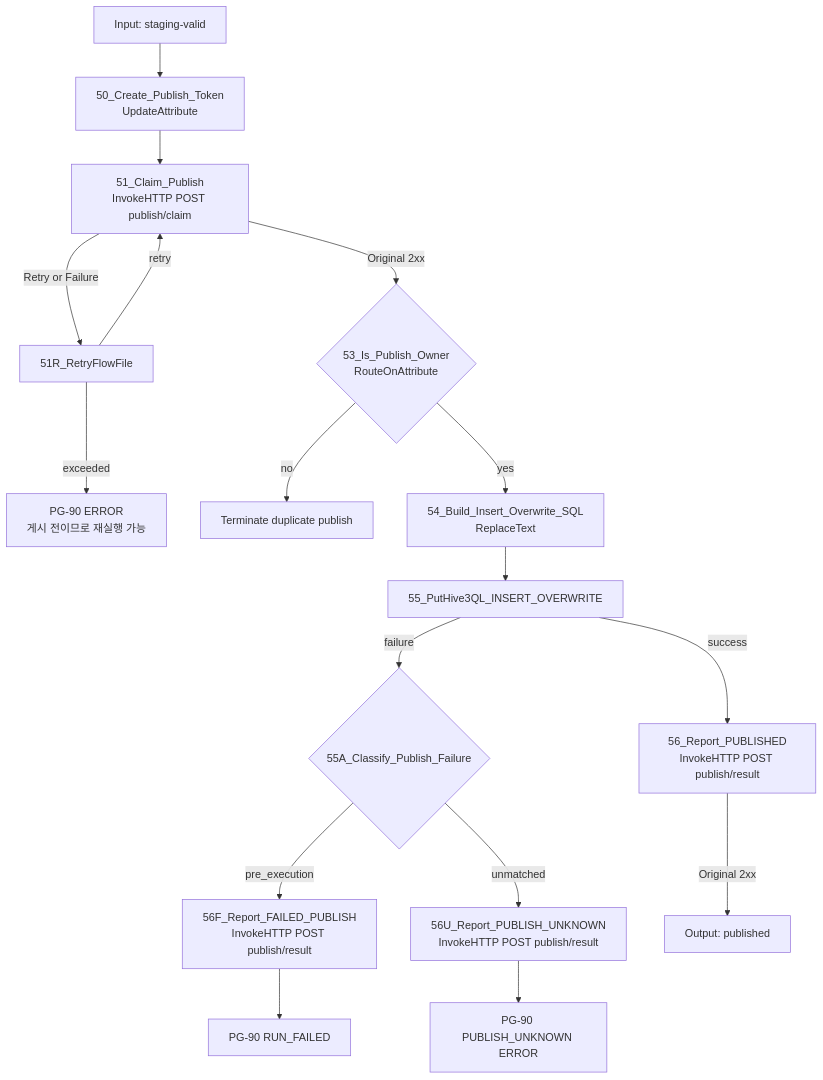
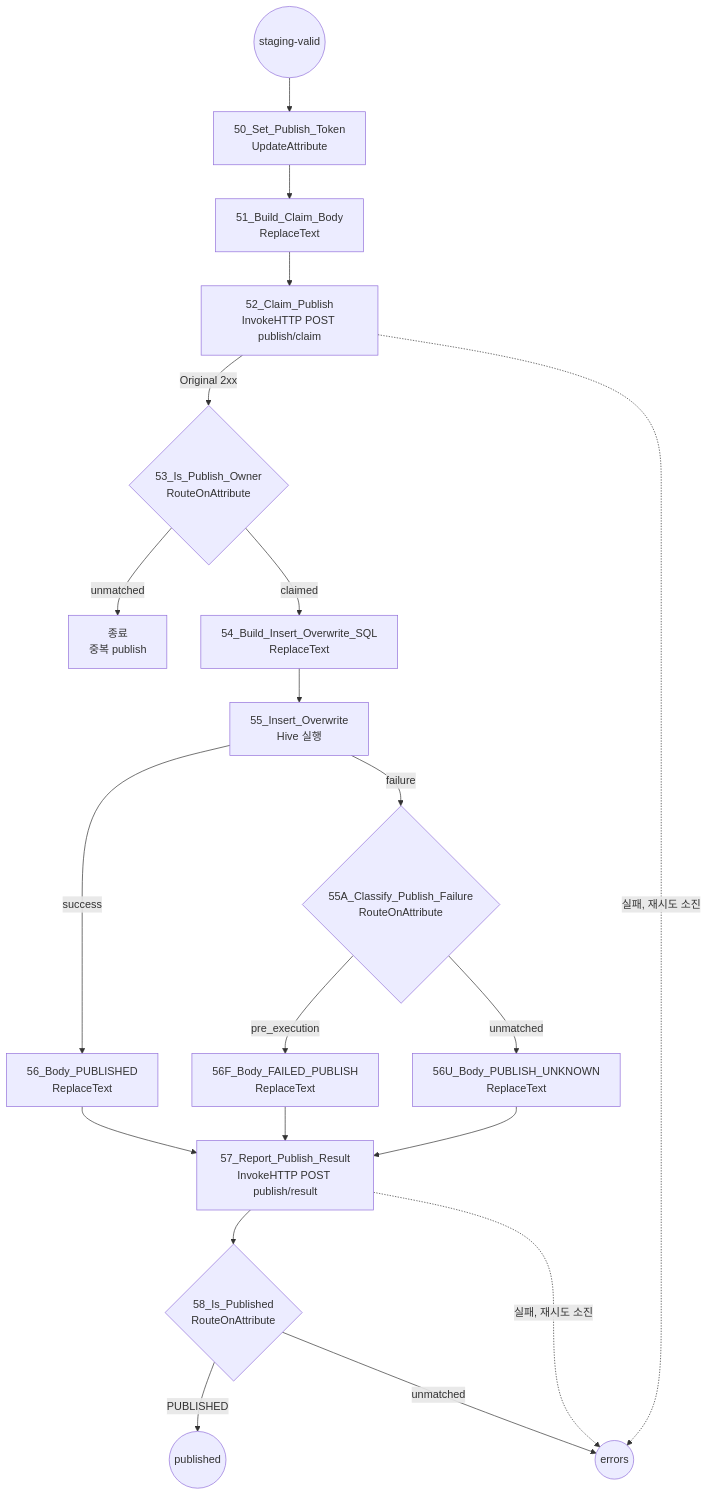
The tenth of 13 diagrams in nifi-sqoop-removal-guide.md (DataDynamics/nifi-sqoop-removal), drawn with Mermaid before and after one commit. The commit also changed other lines of this file and 2 other files, not shown here.

````diff
--- a/nifi-sqoop-removal-guide.md
+++ b/nifi-sqoop-removal-guide.md
@@ -1327,19 +1380,19 @@
 ```mermaid
 flowchart TD
-    I[Input: staging-valid] --> T[50_Create_Publish_Token<br/>UpdateAttribute]
-    T --> C[51_Claim_Publish<br/>InvokeHTTP POST publish/claim]
+    I((staging-valid)) --> T[50_Set_Publish_Token<br/>UpdateAttribute]
+    T --> B0[51_Build_Claim_Body<br/>ReplaceText]
+    B0 --> C[52_Claim_Publish<br/>InvokeHTTP POST publish/claim]
     C -->|Original 2xx| R{53_Is_Publish_Owner<br/>RouteOnAttribute}
-    C -->|Retry or Failure| CR[51R_RetryFlowFile]
-    CR -->|retry| C
-    CR -->|exceeded| F0[PG-90 ERROR<br/>게시 전이므로 재실행 가능]
-    R -->|no| X[Terminate duplicate publish]
-    R -->|yes| B[54_Build_Insert_Overwrite_SQL<br/>ReplaceText]
-    B --> P[55_PutHive3QL_INSERT_OVERWRITE]
-    P -->|success| S[56_Report_PUBLISHED<br/>InvokeHTTP POST publish/result]
-    P -->|failure| PA{55A_Classify_Publish_Failure}
-    PA -->|pre_execution| SF[56F_Report_FAILED_PUBLISH<br/>InvokeHTTP POST publish/result]
-    PA -->|unmatched| SU[56U_Report_PUBLISH_UNKNOWN<br/>InvokeHTTP POST publish/result]
-    S -->|Original 2xx| O[Output: published]
-    SF --> FE[PG-90 RUN_FAILED]
-    SU --> UE[PG-90 PUBLISH_UNKNOWN ERROR]
+    R -->|unmatched| X[종료<br/>중복 publish]
+    R -->|claimed| B[54_Build_Insert_Overwrite_SQL<br/>ReplaceText]
+    B --> P[55_Insert_Overwrite<br/>Hive 실행]
+    P -->|success| S1[56_Body_PUBLISHED<br/>ReplaceText]
+    P -->|failure| PA{55A_Classify_Publish_Failure<br/>RouteOnAttribute}
+    PA -->|pre_execution| S2[56F_Body_FAILED_PUBLISH<br/>ReplaceText]
+    PA -->|unmatched| S3[56U_Body_PUBLISH_UNKNOWN<br/>ReplaceText]
+    S1 & S2 & S3 --> RS[57_Report_Publish_Result<br/>InvokeHTTP POST publish/result]
+    RS --> RR{58_Is_Published<br/>RouteOnAttribute}
+    RR -->|PUBLISHED| O((published))
+    RR -->|unmatched| ERR((errors))
+    C & RS -.->|실패, 재시도 소진| ERR
 ```
````
